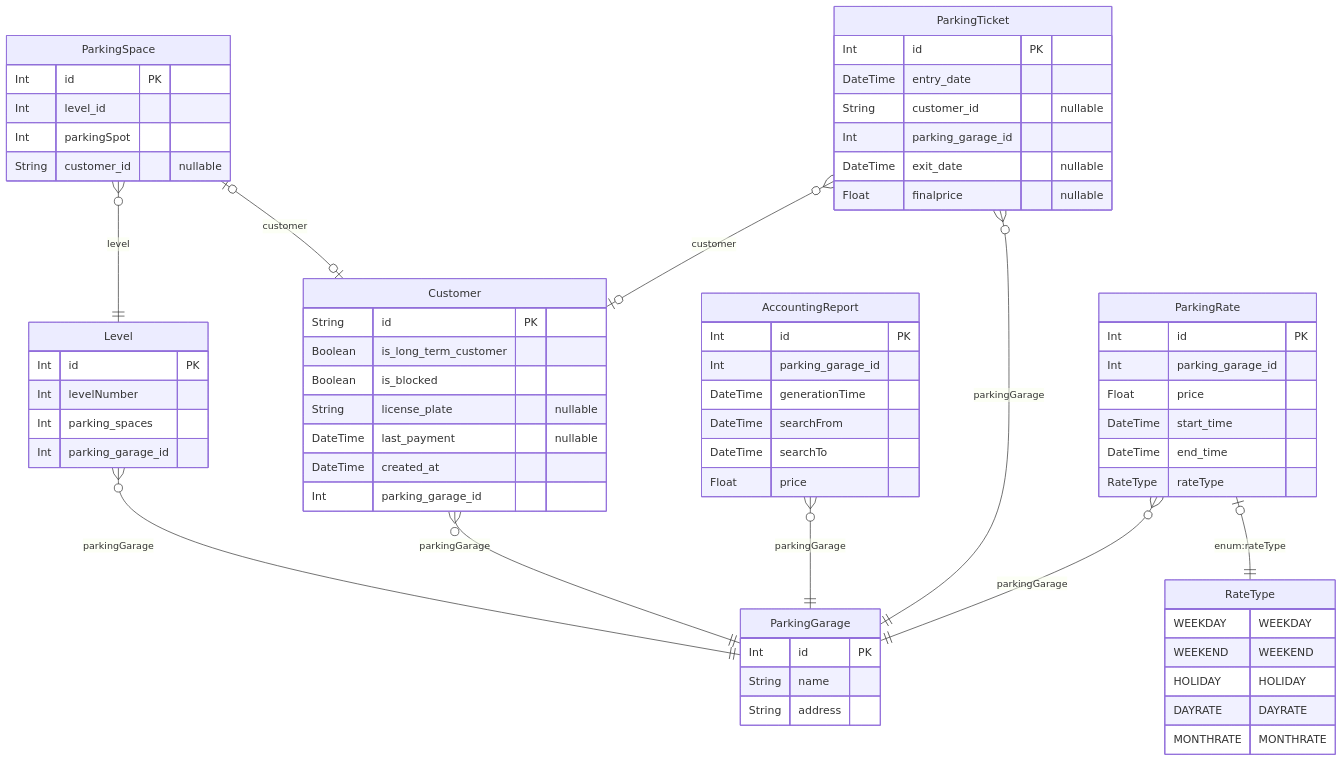
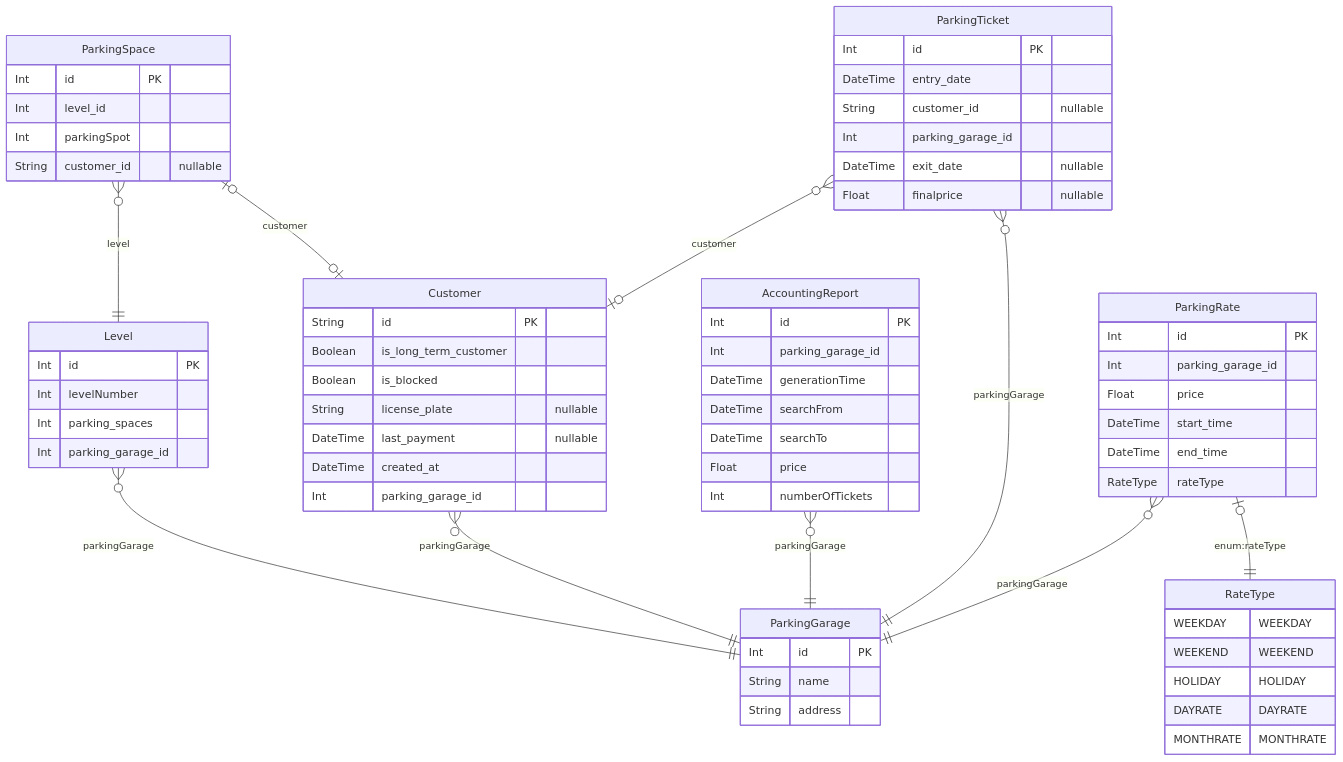
One commit to DaAlbrecht/parking-garage changed the diagram in documentation/erd.md. Above: the diagram before and after it, drawn with Mermaid. The commit also changed 3 other files, not shown here.

Commit message:
add number of parking tickets to report

```diff
--- a/documentation/erd.md
+++ b/documentation/erd.md
@@ -50,6 +50,7 @@
     DateTime searchFrom  
     DateTime searchTo  
     Float price  
+    Int numberOfTickets  
     }
   
 
```
